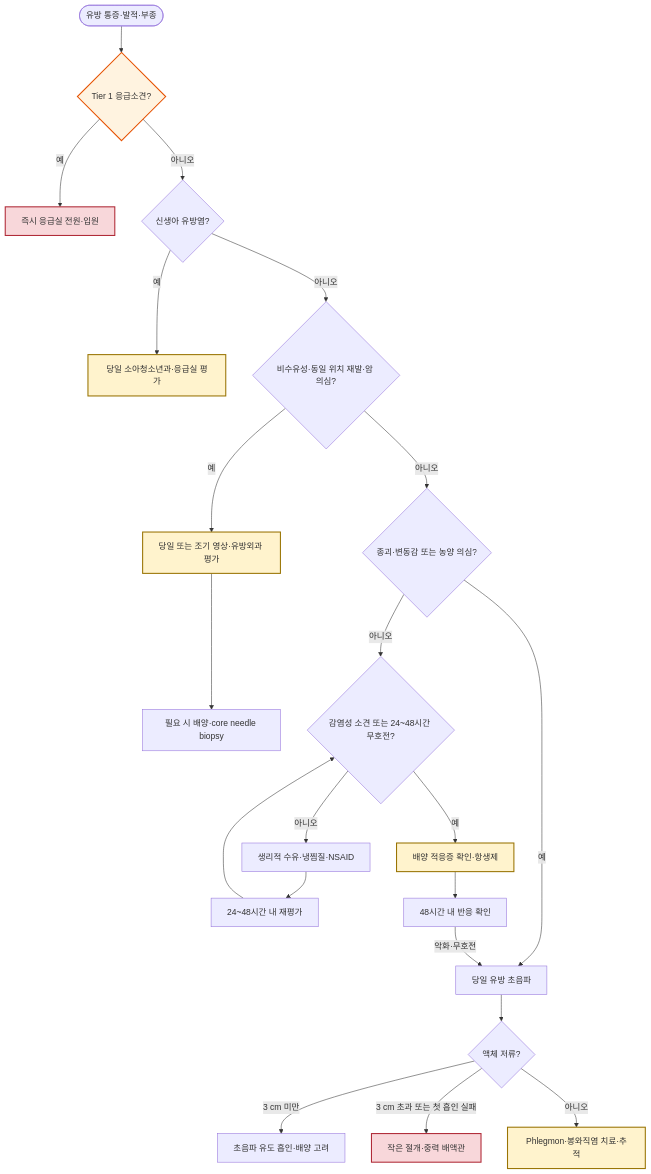
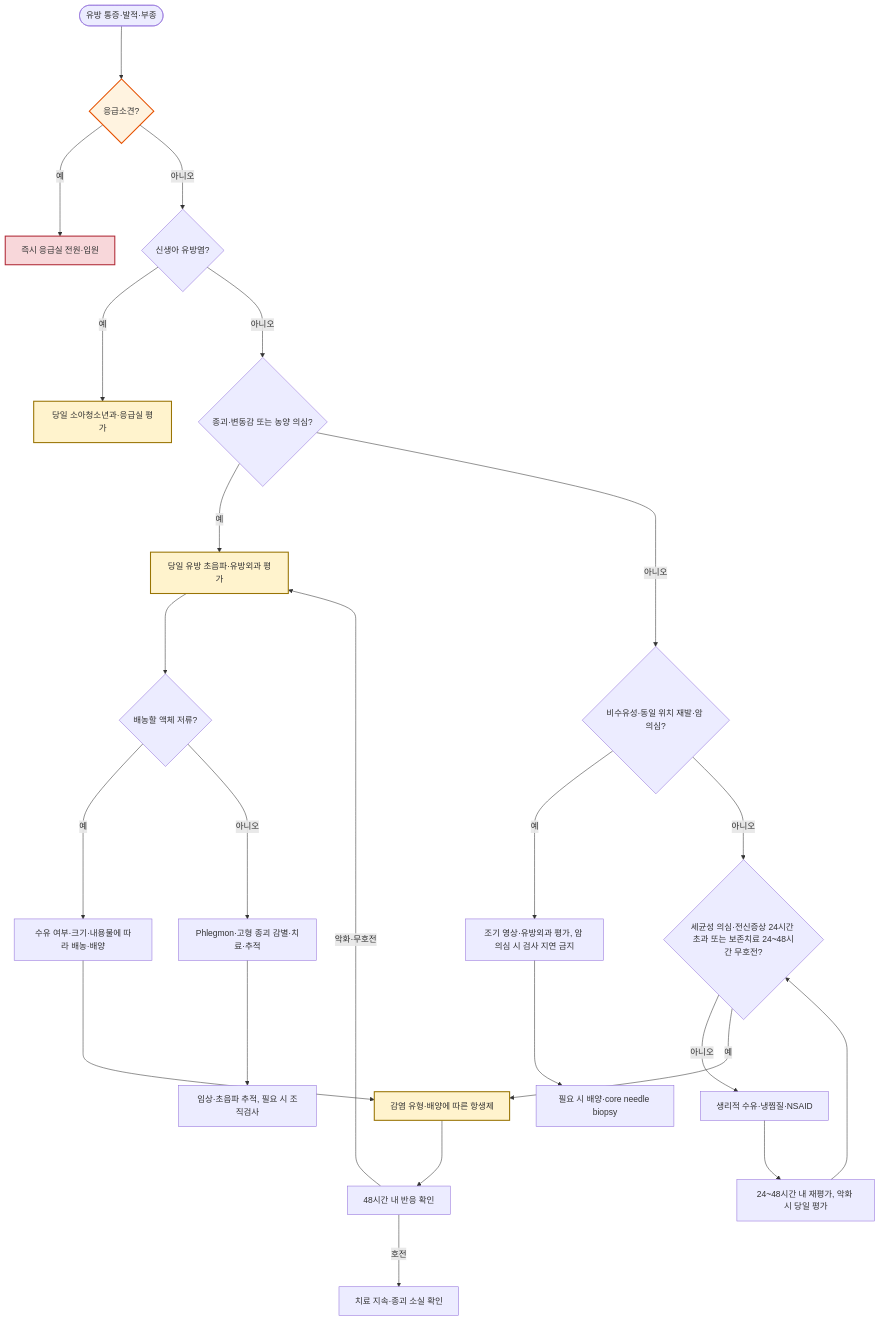
One commit to familyoh77/familyoh77 changed the diagram in 230_/200_-mastitis.md. Above: the diagram before and after it, drawn with Mermaid. The commit also changed other lines of this file and 11 other files, not shown here.

````diff
--- a/230_/200_-mastitis.md
+++ b/230_/200_-mastitis.md
@@ -112,30 +112,30 @@
 ```mermaid
 flowchart TD
-    S([유방 통증·발적·부종]) --> E{"Tier 1 응급소견?"}
-    E -->|예| ER["즉시 응급실 전원·입원"]
-    E -->|아니오| NB{"신생아 유방염?"}
-    NB -->|예| PED["당일 소아청소년과·응급실 평가"]
-    NB -->|아니오| X{"비수유성·동일 위치 재발·암 의심?"}
-    X -->|예| IMG["당일 또는 조기 영상·유방외과 평가"]
-    IMG --> BX["필요 시 배양·core needle biopsy"]
-    X -->|아니오| M{"종괴·변동감 또는 농양 의심?"}
-    M -->|예| US["당일 유방 초음파"]
-    US --> F{"액체 저류?"}
-    F -->|3 cm 미만| ASP["초음파 유도 흡인·배양 고려"]
-    F -->|3 cm 초과 또는 첫 흡인 실패| DR["작은 절개·중력 배액관"]
-    F -->|아니오| PH["Phlegmon·봉와직염 치료·추적"]
-    M -->|아니오| I{"감염성 소견 또는 24~48시간 무호전?"}
-    I -->|아니오| C["생리적 수유·냉찜질·NSAID"]
-    C --> FU["24~48시간 내 재평가"]
-    FU --> I
-    I -->|예| ATB["배양 적응증 확인·항생제"]
-    ATB --> R["48시간 내 반응 확인"]
-    R -->|악화·무호전| US
+    S([유방 통증·발적·부종]) ---> E{"응급소견?"}
+    E --->|예| ER["즉시 응급실 전원·입원"]
+    E --->|아니오| NB{"신생아 유방염?"}
+    NB --->|예| PED["당일 소아청소년과·응급실 평가"]
+    NB --->|아니오| M{"종괴·변동감 또는 농양 의심?"}
+    M --->|예| US["당일 유방 초음파·유방외과 평가"]
+    US ---> F{"배농할 액체 저류?"}
+    F --->|예| D["수유 여부·크기·내용물에 따라 배농·배양"]
+    F --->|아니오| PH["Phlegmon·고형 종괴 감별·치료·추적"]
+    D ---> ATB["감염 유형·배양에 따른 항생제"]
+    PH ---> FU2["임상·초음파 추적, 필요 시 조직검사"]
+    M --->|아니오| X{"비수유성·동일 위치 재발·암 의심?"}
+    X --->|예| IMG["조기 영상·유방외과 평가, 암 의심 시 검사 지연 금지"]
+    IMG ---> BX["필요 시 배양·core needle biopsy"]
+    X --->|아니오| I{"세균성 의심·전신증상 24시간 초과 또는 보존치료 24~48시간 무호전?"}
+    I --->|아니오| C["생리적 수유·냉찜질·NSAID"]
+    C ---> FU["24~48시간 내 재평가, 악화 시 당일 평가"]
+    FU ---> I
+    I --->|예| ATB
+    ATB ---> R["48시간 내 반응 확인"]
+    R --->|악화·무호전| US
+    R --->|호전| END["치료 지속·종괴 소실 확인"]
     style E fill:#fff3e0,stroke:#e65100,stroke-width:2px
     style ER fill:#f8d7da,stroke:#b02a37,stroke-width:2px
     style PED fill:#fff3cd,stroke:#997404,stroke-width:2px
-    style IMG fill:#fff3cd,stroke:#997404,stroke-width:2px
+    style US fill:#fff3cd,stroke:#997404,stroke-width:2px
     style ATB fill:#fff3cd,stroke:#997404,stroke-width:2px
-    style DR fill:#f8d7da,stroke:#b02a37,stroke-width:2px
-    style PH fill:#fff3cd,stroke:#997404,stroke-width:2px
 ```
````
